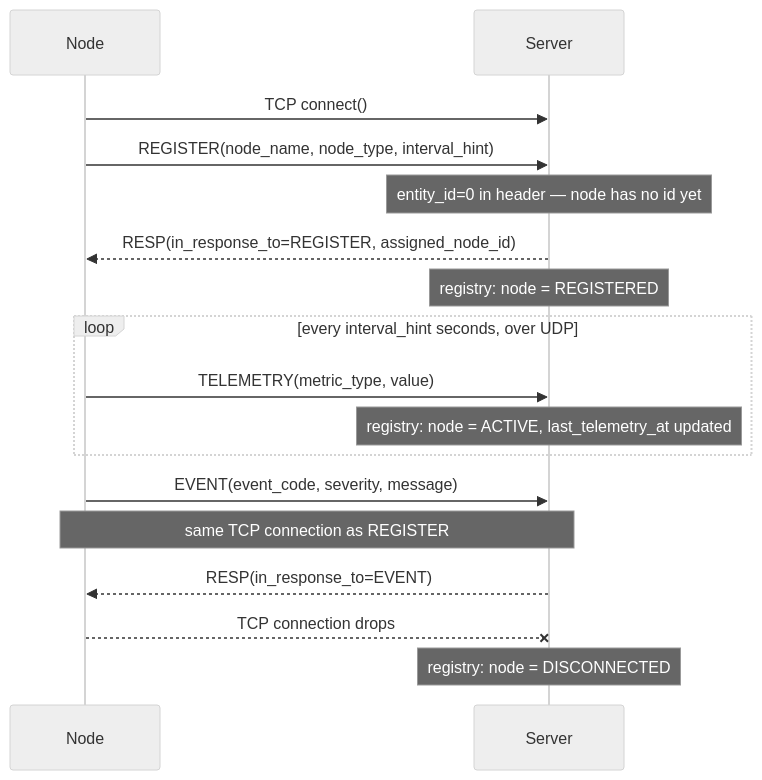
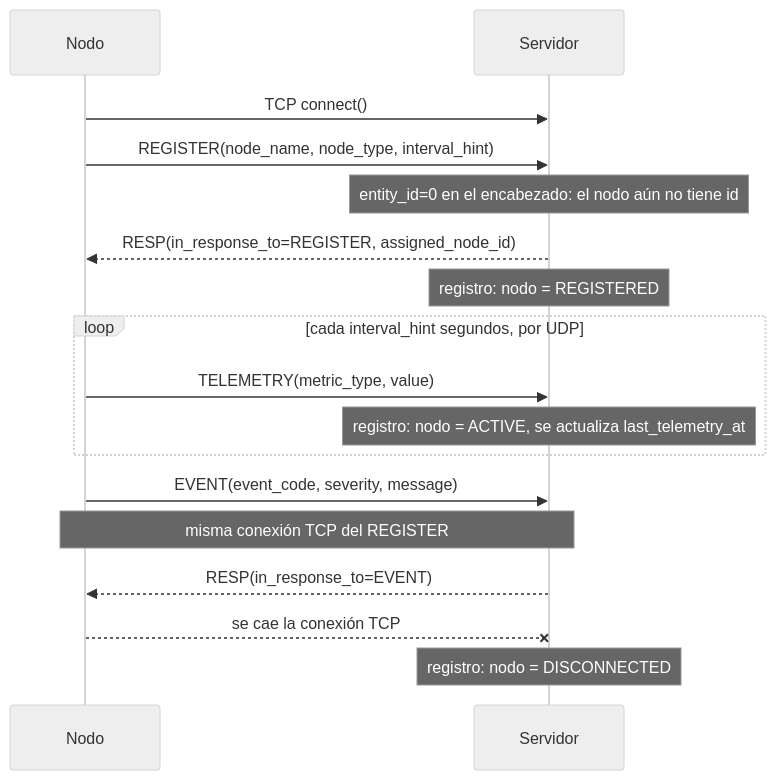
The first of 4 diagrams in docs/sequence-diagrams.md (felipegtech/monitoring-control-system), drawn with Mermaid (neutral theme) before and after one commit. The commit also changed other lines of this file and 8 other files, not shown here.

````diff
--- a/docs/sequence-diagrams.md
+++ b/docs/sequence-diagrams.md
@@ -14,23 +15,23 @@
 ```mermaid
 sequenceDiagram
-    participant N as Node
-    participant S as Server
+    participant N as Nodo
+    participant S as Servidor
 
     N->>S: TCP connect()
     N->>S: REGISTER(node_name, node_type, interval_hint)
-    Note over S: entity_id=0 in header — node has no id yet
+    Note over S: entity_id=0 en el encabezado: el nodo aún no tiene id
     S-->>N: RESP(in_response_to=REGISTER, assigned_node_id)
-    Note over S: registry: node = REGISTERED
+    Note over S: registro: nodo = REGISTERED
 
-    loop every interval_hint seconds, over UDP
+    loop cada interval_hint segundos, por UDP
         N->>S: TELEMETRY(metric_type, value)
-        Note over S: registry: node = ACTIVE, last_telemetry_at updated
+        Note over S: registro: nodo = ACTIVE, se actualiza last_telemetry_at
     end
 
     N->>S: EVENT(event_code, severity, message)
-    Note over N,S: same TCP connection as REGISTER
+    Note over N,S: misma conexión TCP del REGISTER
     S-->>N: RESP(in_response_to=EVENT)
 
-    N--xS: TCP connection drops
-    Note over S: registry: node = DISCONNECTED
+    N--xS: se cae la conexión TCP
+    Note over S: registro: nodo = DISCONNECTED
 ```
````
